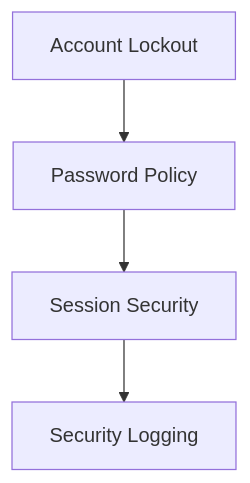
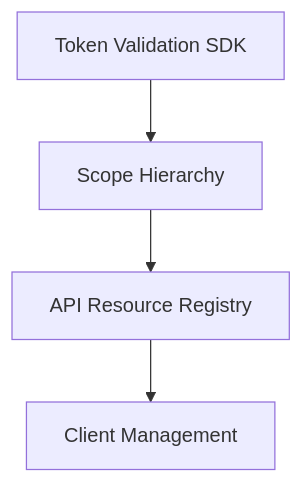
One commit to royzah/OryxID changed the second of 6 diagrams in TODO.md. Above: the diagram before and after it, drawn with Mermaid. The commit also changed other lines of this file, not shown here.

First line of the commit message:
Refocus roadmap on M2M API security use case

````diff
--- a/TODO.md
+++ b/TODO.md
@@ -27,6 +21,6 @@
 ```mermaid
 flowchart TD
-    A[Account Lockout] --> B[Password Policy]
-    B --> C[Session Security]
-    C --> D[Security Logging]
+    A[Token Validation SDK] --> B[Scope Hierarchy]
+    B --> C[API Resource Registry]
+    C --> D[Client Management]
 ```
````
